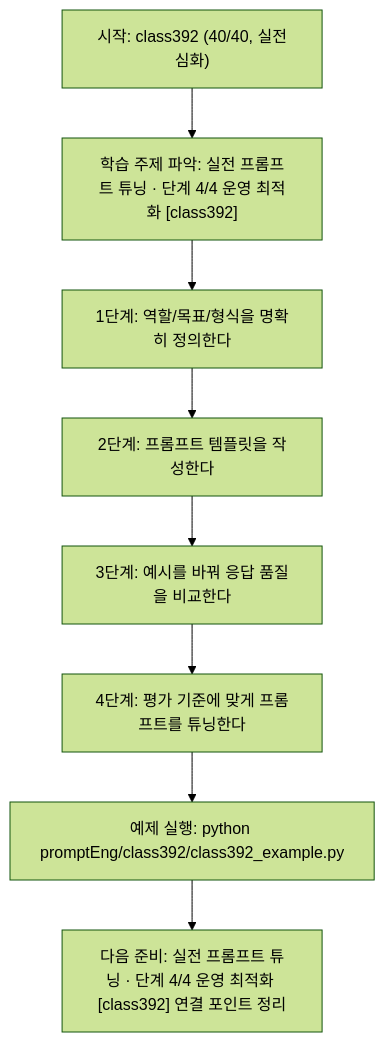
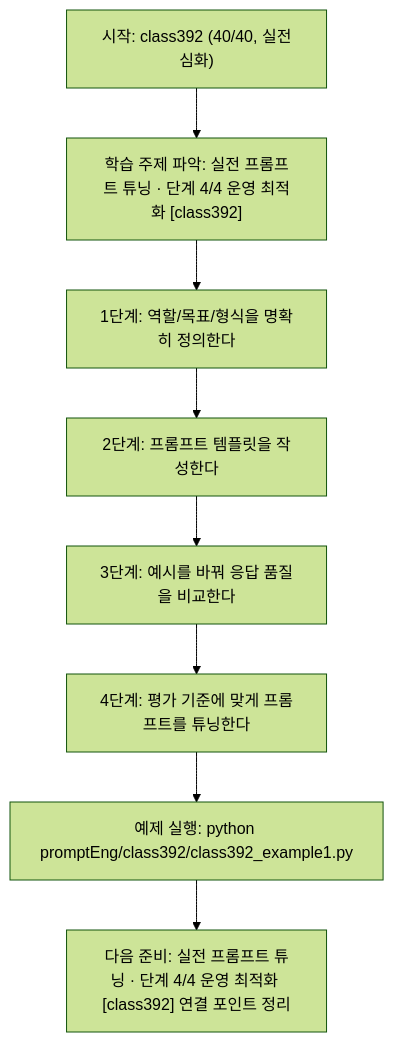
One commit to edumgt/Python-AI_Agent-Class changed the diagram in promptEng/class392/class392.md. Above: the diagram before and after it, drawn with Mermaid (forest theme). The commit also changed other lines of this file and 2959 other files, not shown here.

````diff
--- a/promptEng/class392/class392.md
+++ b/promptEng/class392/class392.md
@@ -110,18 +110,18 @@
 ```mermaid
 flowchart TD
 N1["시작: class392 (40/40, 실전심화)"]
 N2["학습 주제 파악: 실전 프롬프트 튜닝 · 단계 4/4 운영 최적화 [class392]"]
 N3["1단계: 역할/목표/형식을 명확히 정의한다"]
 N4["2단계: 프롬프트 템플릿을 작성한다"]
 N5["3단계: 예시를 바꿔 응답 품질을 비교한다"]
 N6["4단계: 평가 기준에 맞게 프롬프트를 튜닝한다"]
-N7["예제 실행: python promptEng/class392/class392_example.py"]
+N7["예제 실행: python promptEng/class392/class392_example1.py"]
 N8["다음 준비: 실전 프롬프트 튜닝 · 단계 4/4 운영 최적화 [class392] 연결 포인트 정리"]
 N1 --> N2
 N2 --> N3
 N3 --> N4
 N4 --> N5
 N5 --> N6
 N6 --> N7
 N7 --> N8
 ```
````
